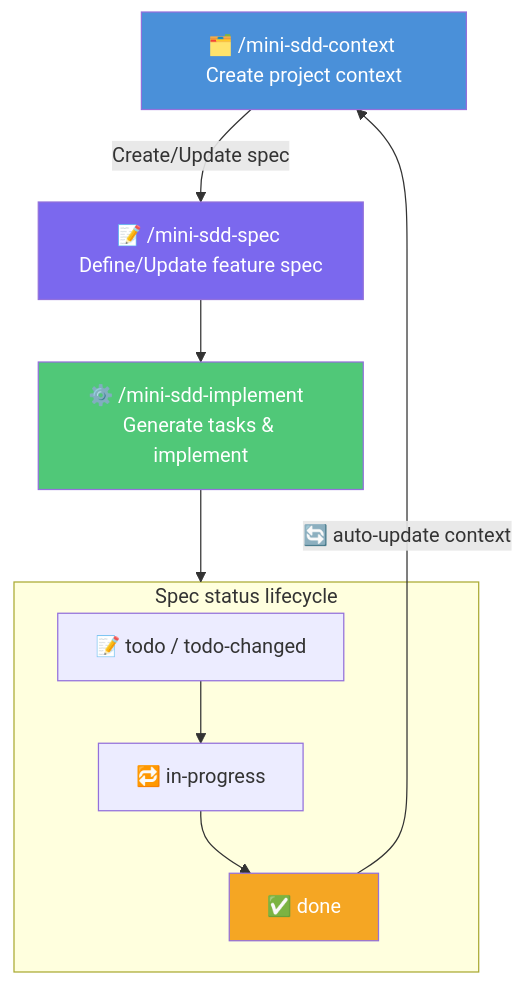
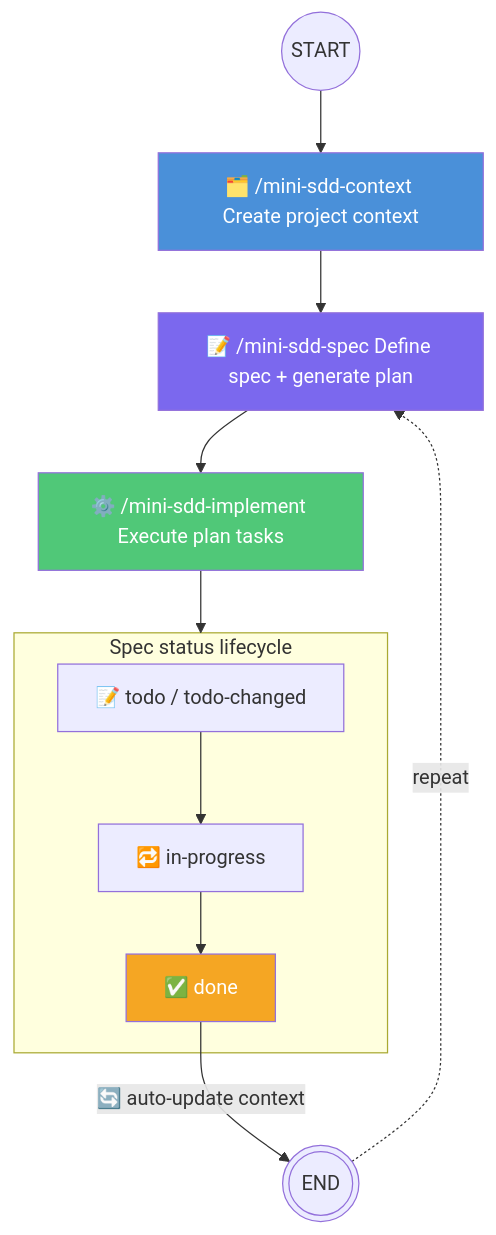
The diagram in src/mini-sdd/README.md (AlessioScarfone/aine-copilot-plugins), drawn with Mermaid before and after one commit. The commit also changed other lines of this file and 9 other files, not shown here.

Commit message:
feat: update mini-sdd workflow and templates for improved spec and plan management

````diff
--- a/src/mini-sdd/README.md
+++ b/src/mini-sdd/README.md
@@ -102,18 +107,18 @@
 ```mermaid
 flowchart TD
-    CTX["🗂️ /mini-sdd-context Create project context"] --> |"Create/Update spec"|SPEC
+    START((START)) --> CTX["🗂️ /mini-sdd-context Create project context"] --> SPEC
 
-    SPEC["📝 /mini-sdd-spec Define/Update feature spec"] --> IMPL
-    IMPL["⚙️ /mini-sdd-implement <spec> Generate tasks & implement"] --> spec-flow
+    SPEC["📝 /mini-sdd-spec Define spec + generate plan"] --> IMPL
+    IMPL["⚙️ /mini-sdd-implement Execute plan tasks"] --> spec-flow
 
     subgraph spec-flow["Spec status lifecycle"]
         TODO["📝 todo / todo-changed"] --> PROGRESS["🔁 in-progress"] --> DONE["✅ done"]
     end
 
-    DONE -->|"🔄 auto-update context"| CTX
+    DONE -->|"🔄 auto-update context"| END(((END))) -.->|repeat| SPEC
 
     style CTX fill:#4A90D9,color:#fff
     style SPEC fill:#7B68EE,color:#fff
     style IMPL fill:#50C878,color:#fff
     style DONE fill:#F5A623,color:#fff
 ```
````
